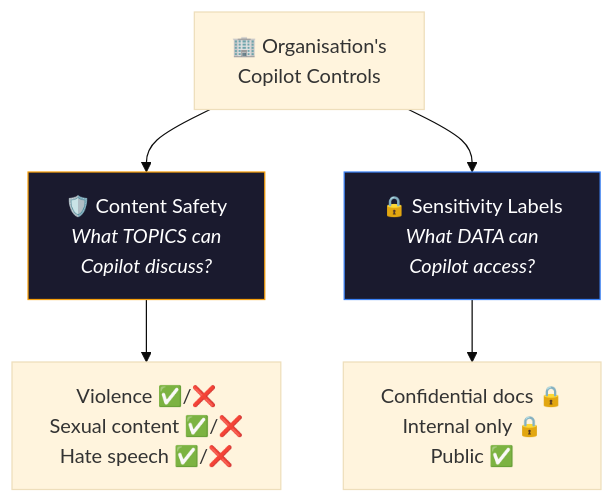
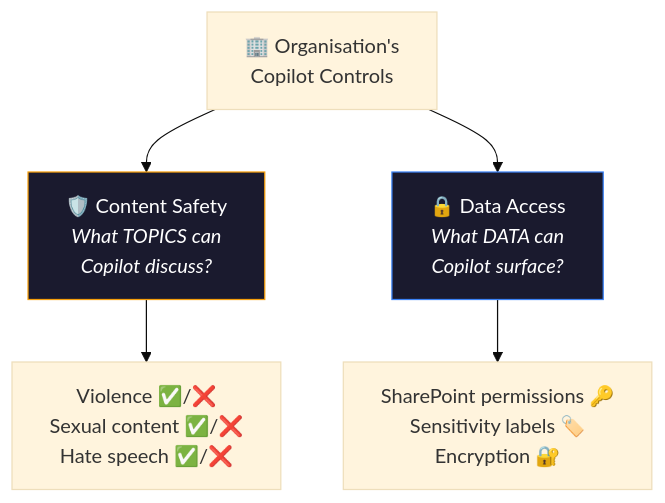
The third of 3 diagrams in content/blog/microsoft-365-copilot-content-safety-controls-complete-guide-for-admins.md (susanthgit/aguidetocloud-revamp), drawn with Mermaid (base theme) before and after one commit. The commit also changed other lines of this file, not shown here.

````diff
--- a/content/blog/microsoft-365-copilot-content-safety-controls-complete-guide-for-admins.md
+++ b/content/blog/microsoft-365-copilot-content-safety-controls-complete-guide-for-admins.md
@@ -201,11 +219,11 @@
 ```mermaid
 flowchart TD
     A["🏢 Organisation's<br/>Copilot Controls"] --> B["🛡️ Content Safety<br/><i>What TOPICS can<br/>Copilot discuss?</i>"]
-    A --> C["🔒 Sensitivity Labels<br/><i>What DATA can<br/>Copilot access?</i>"]
+    A --> C["🔒 Data Access<br/><i>What DATA can<br/>Copilot surface?</i>"]
     
     B --> D["Violence ✅/❌<br/>Sexual content ✅/❌<br/>Hate speech ✅/❌"]
-    C --> E["Confidential docs 🔒<br/>Internal only 🔒<br/>Public ✅"]
+    C --> E["SharePoint permissions 🔑<br/>Sensitivity labels 🏷️<br/>Encryption 🔐"]
     
     style B fill:#1a1a2e,stroke:#F59E0B,color:#fff
     style C fill:#1a1a2e,stroke:#3B82F6,color:#fff
 ```
````
